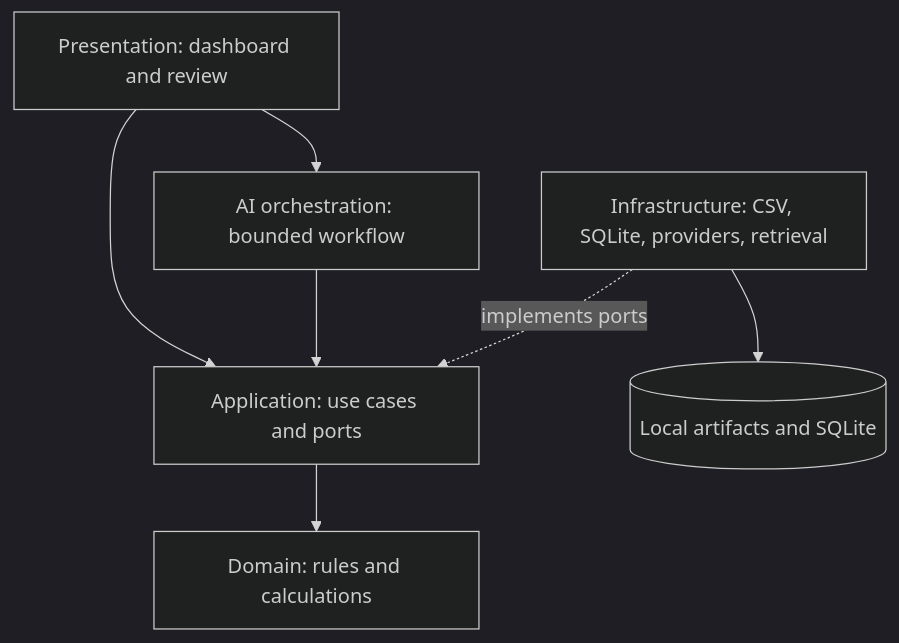
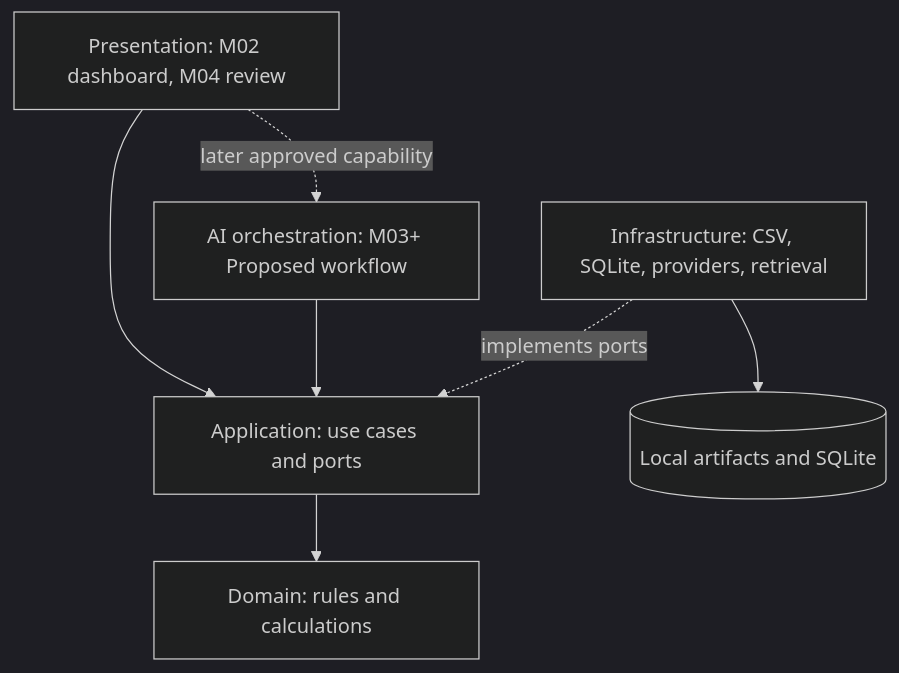
One commit to MGimenez059/RiskLens changed the diagram in docs/03-architecture/architecture.md. Above: the diagram before and after it, drawn with Mermaid (dark theme). The commit also changed other lines of this file and 46 other files, not shown here.

````diff
--- a/docs/03-architecture/architecture.md
+++ b/docs/03-architecture/architecture.md
@@ -10,9 +10,9 @@
 ```mermaid
 flowchart TD
-    UI[Presentation: dashboard and review] --> APP[Application: use cases and ports]
-    GRAPH[AI orchestration: bounded workflow] --> APP
+    UI[Presentation: M02 dashboard, M04 review] --> APP[Application: use cases and ports]
+    GRAPH[AI orchestration: M03+ Proposed workflow] --> APP
     APP --> DOMAIN[Domain: rules and calculations]
     INFRA[Infrastructure: CSV, SQLite, providers, retrieval] -. implements ports .-> APP
-    UI --> GRAPH
+    UI -. later approved capability .-> GRAPH
     INFRA --> STORE[(Local artifacts and SQLite)]
 ```
````
